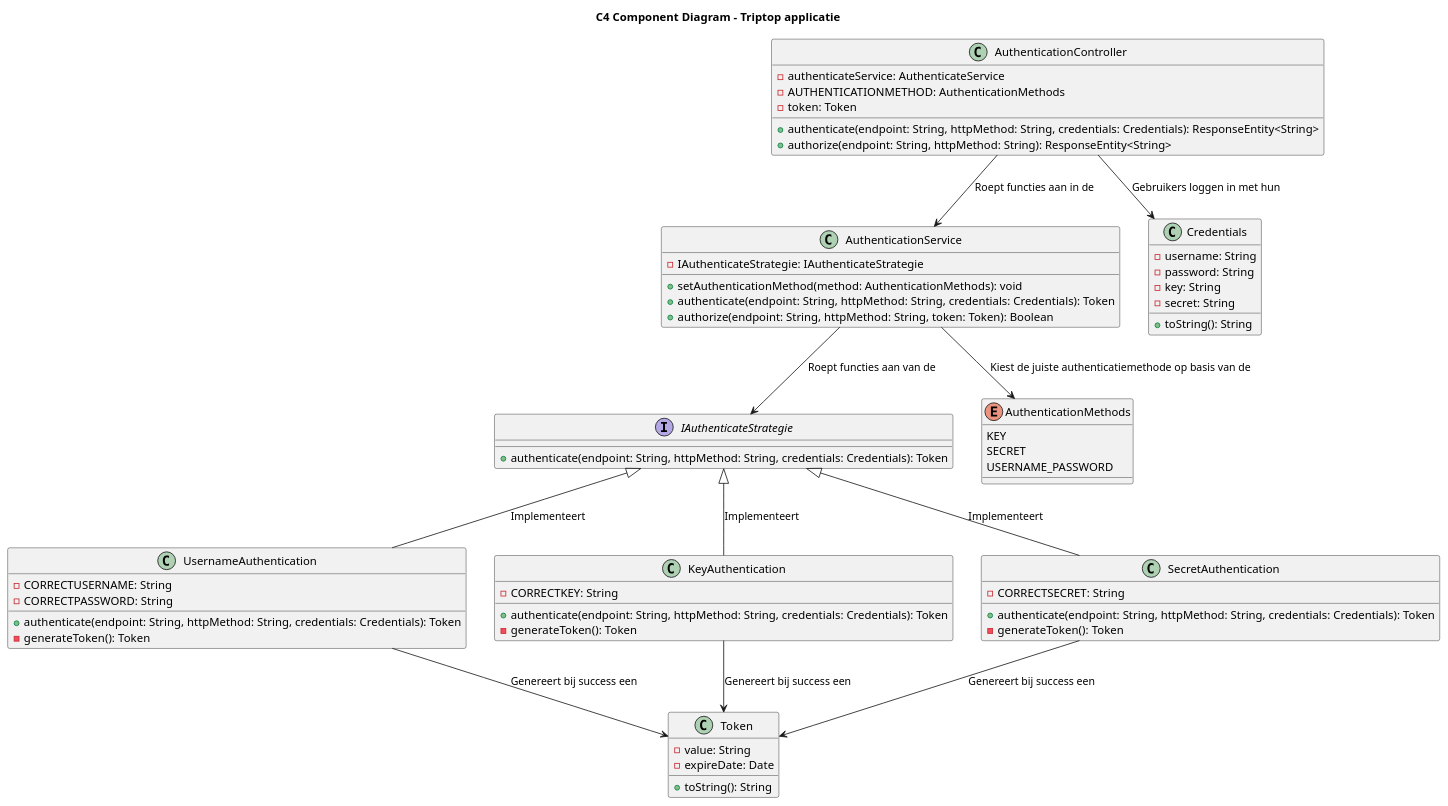
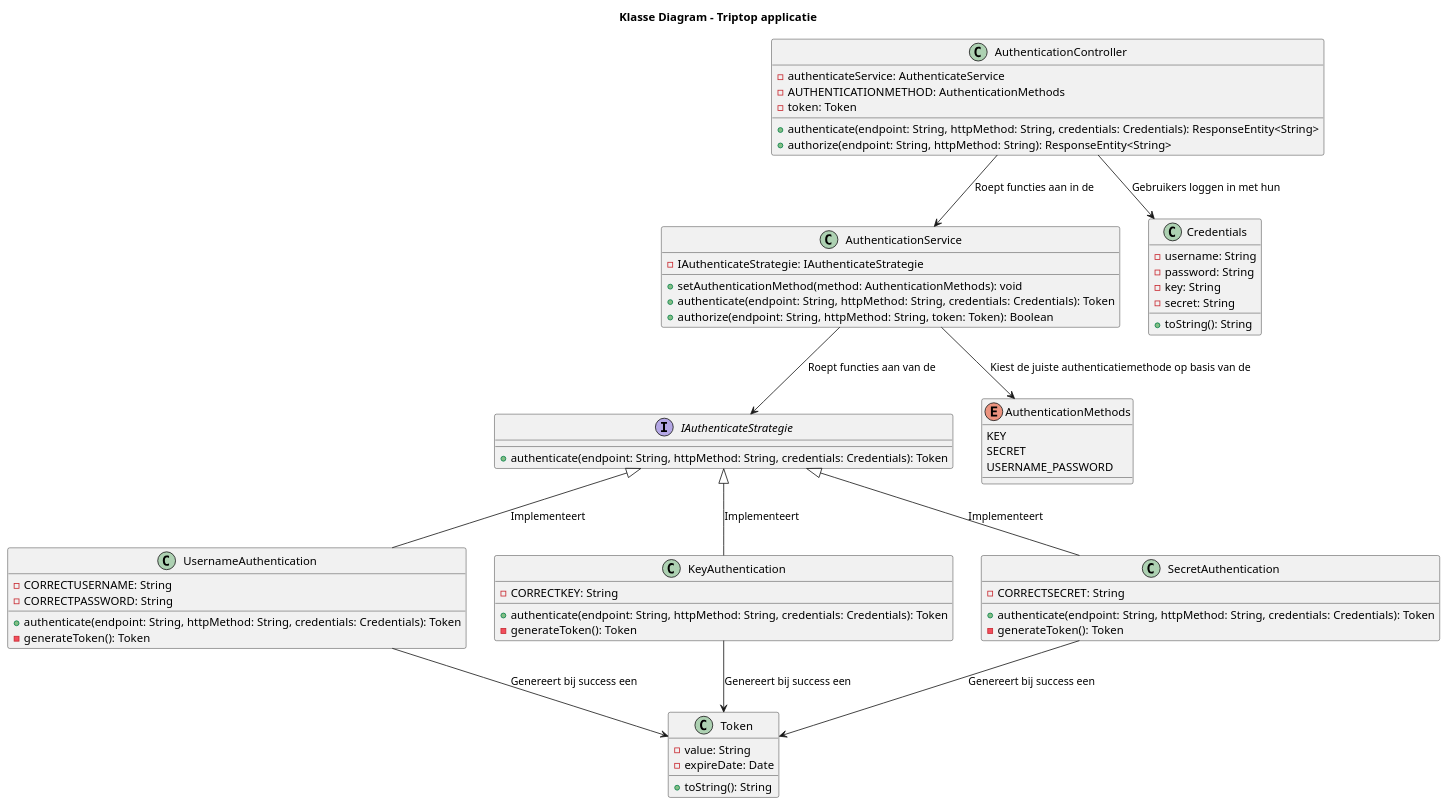
The diagram in opdracht-diagrammen/C4-Diagrammen/C4-Class-Diagram-Mischa.puml (AIM-ENE-feb25/triptop-peak-performers-groep-1), drawn with PlantUML before and after one commit. The commit also changed 10 other files, not shown here.

Commit message:
Kleine verandringen in veel diagrammen

```diff
--- a/opdracht-diagrammen/C4-Diagrammen/C4-Class-Diagram-Mischa.puml
+++ b/opdracht-diagrammen/C4-Diagrammen/C4-Class-Diagram-Mischa.puml
@@ -1,73 +1,73 @@
 @startuml
-title C4 Component Diagram - Triptop applicatie
+title  Klasse Diagram - Triptop applicatie
 
 class AuthenticationController {
     - authenticateService: AuthenticateService
     - AUTHENTICATIONMETHOD: AuthenticationMethods
     - token: Token
     + authenticate(endpoint: String, httpMethod: String, credentials: Credentials): ResponseEntity<String>
     + authorize(endpoint: String, httpMethod: String): ResponseEntity<String>
 }
 
 class AuthenticationService {
     - IAuthenticateStrategie: IAuthenticateStrategie
     + setAuthenticationMethod(method: AuthenticationMethods): void
     + authenticate(endpoint: String, httpMethod: String, credentials: Credentials): Token
     + authorize(endpoint: String, httpMethod: String, token: Token): Boolean
 }
 
 interface IAuthenticateStrategie {
     + authenticate(endpoint: String, httpMethod: String, credentials: Credentials): Token
 }
 
 class UsernameAuthentication {
     - CORRECTUSERNAME: String
     - CORRECTPASSWORD: String
     + authenticate(endpoint: String, httpMethod: String, credentials: Credentials): Token
     - generateToken(): Token
 }
 
 class KeyAuthentication {
     - CORRECTKEY: String
     + authenticate(endpoint: String, httpMethod: String, credentials: Credentials): Token
     - generateToken(): Token
 }
 
 class SecretAuthentication {
     - CORRECTSECRET: String
     + authenticate(endpoint: String, httpMethod: String, credentials: Credentials): Token
     - generateToken(): Token
 }
 
 class Credentials {
     - username: String
     - password: String
     - key: String
     - secret: String
     + toString(): String
 }
 
 class Token {
     - value: String
     - expireDate: Date
     + toString(): String
 }
 
 enum AuthenticationMethods {
     KEY
     SECRET
     USERNAME_PASSWORD
 }
 
 AuthenticationController --> AuthenticationService: Roept functies aan in de
 AuthenticationService --> IAuthenticateStrategie: Roept functies aan van de 
 IAuthenticateStrategie <|-- UsernameAuthentication: Implementeert 
 IAuthenticateStrategie <|-- KeyAuthentication: Implementeert
 IAuthenticateStrategie <|-- SecretAuthentication: Implementeert
 UsernameAuthentication --> Token: Genereert bij success een 
 KeyAuthentication --> Token: Genereert bij success een
 SecretAuthentication --> Token: Genereert bij success een
 AuthenticationService --> AuthenticationMethods: Kiest de juiste authenticatiemethode op basis van de 
 AuthenticationController --> Credentials: Gebruikers loggen in met hun
 
 @enduml
```
